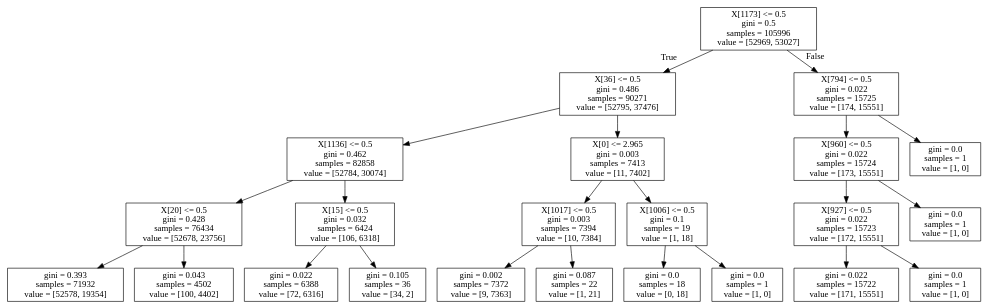
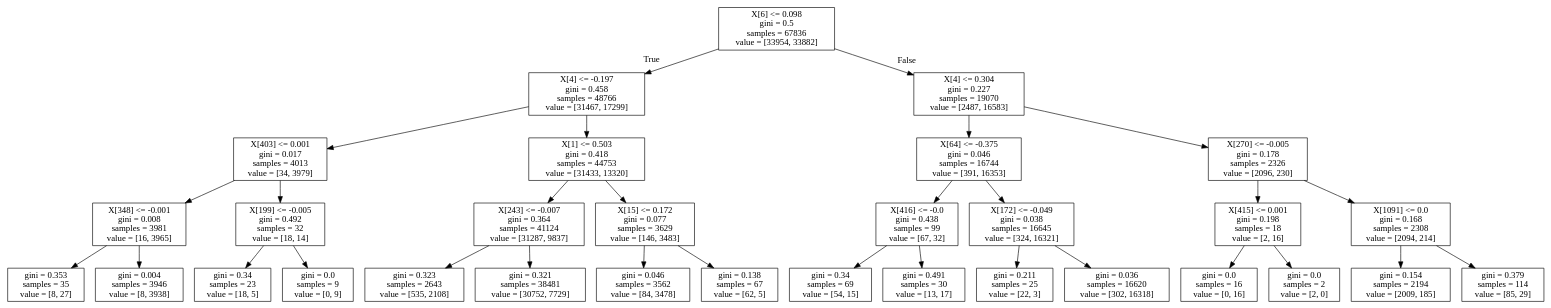
Before and after one commit to leejong4414/CSE-546-Project: the diagram in Decision Tree/tree3.dot, drawn with Graphviz. The commit also changed 19 other files, not shown here.

```diff
--- a/Decision Tree/tree3.dot
+++ b/Decision Tree/tree3.dot
@@ -1,48 +1,64 @@
 digraph Tree {
 node [shape=box] ;
-0 [label="X[1173] <= 0.5\ngini = 0.5\nsamples = 105996\nvalue = [52969, 53027]"] ;
-1 [label="X[36] <= 0.5\ngini = 0.486\nsamples = 90271\nvalue = [52795, 37476]"] ;
+0 [label="X[6] <= 0.098\ngini = 0.5\nsamples = 67836\nvalue = [33954, 33882]"] ;
+1 [label="X[4] <= -0.197\ngini = 0.458\nsamples = 48766\nvalue = [31467, 17299]"] ;
 0 -> 1 [labeldistance=2.5, labelangle=45, headlabel="True"] ;
-2 [label="X[1136] <= 0.5\ngini = 0.462\nsamples = 82858\nvalue = [52784, 30074]"] ;
+2 [label="X[403] <= 0.001\ngini = 0.017\nsamples = 4013\nvalue = [34, 3979]"] ;
 1 -> 2 ;
-3 [label="X[20] <= 0.5\ngini = 0.428\nsamples = 76434\nvalue = [52678, 23756]"] ;
+3 [label="X[348] <= -0.001\ngini = 0.008\nsamples = 3981\nvalue = [16, 3965]"] ;
 2 -> 3 ;
-4 [label="gini = 0.393\nsamples = 71932\nvalue = [52578, 19354]"] ;
+4 [label="gini = 0.353\nsamples = 35\nvalue = [8, 27]"] ;
 3 -> 4 ;
-5 [label="gini = 0.043\nsamples = 4502\nvalue = [100, 4402]"] ;
+5 [label="gini = 0.004\nsamples = 3946\nvalue = [8, 3938]"] ;
 3 -> 5 ;
-6 [label="X[15] <= 0.5\ngini = 0.032\nsamples = 6424\nvalue = [106, 6318]"] ;
+6 [label="X[199] <= -0.005\ngini = 0.492\nsamples = 32\nvalue = [18, 14]"] ;
 2 -> 6 ;
-7 [label="gini = 0.022\nsamples = 6388\nvalue = [72, 6316]"] ;
+7 [label="gini = 0.34\nsamples = 23\nvalue = [18, 5]"] ;
 6 -> 7 ;
-8 [label="gini = 0.105\nsamples = 36\nvalue = [34, 2]"] ;
+8 [label="gini = 0.0\nsamples = 9\nvalue = [0, 9]"] ;
 6 -> 8 ;
-9 [label="X[0] <= 2.965\ngini = 0.003\nsamples = 7413\nvalue = [11, 7402]"] ;
+9 [label="X[1] <= 0.503\ngini = 0.418\nsamples = 44753\nvalue = [31433, 13320]"] ;
 1 -> 9 ;
-10 [label="X[1017] <= 0.5\ngini = 0.003\nsamples = 7394\nvalue = [10, 7384]"] ;
+10 [label="X[243] <= -0.007\ngini = 0.364\nsamples = 41124\nvalue = [31287, 9837]"] ;
 9 -> 10 ;
-11 [label="gini = 0.002\nsamples = 7372\nvalue = [9, 7363]"] ;
+11 [label="gini = 0.323\nsamples = 2643\nvalue = [535, 2108]"] ;
 10 -> 11 ;
-12 [label="gini = 0.087\nsamples = 22\nvalue = [1, 21]"] ;
+12 [label="gini = 0.321\nsamples = 38481\nvalue = [30752, 7729]"] ;
 10 -> 12 ;
-13 [label="X[1006] <= 0.5\ngini = 0.1\nsamples = 19\nvalue = [1, 18]"] ;
+13 [label="X[15] <= 0.172\ngini = 0.077\nsamples = 3629\nvalue = [146, 3483]"] ;
 9 -> 13 ;
-14 [label="gini = 0.0\nsamples = 18\nvalue = [0, 18]"] ;
+14 [label="gini = 0.046\nsamples = 3562\nvalue = [84, 3478]"] ;
 13 -> 14 ;
-15 [label="gini = 0.0\nsamples = 1\nvalue = [1, 0]"] ;
+15 [label="gini = 0.138\nsamples = 67\nvalue = [62, 5]"] ;
 13 -> 15 ;
-16 [label="X[794] <= 0.5\ngini = 0.022\nsamples = 15725\nvalue = [174, 15551]"] ;
+16 [label="X[4] <= 0.304\ngini = 0.227\nsamples = 19070\nvalue = [2487, 16583]"] ;
 0 -> 16 [labeldistance=2.5, labelangle=-45, headlabel="False"] ;
-17 [label="X[960] <= 0.5\ngini = 0.022\nsamples = 15724\nvalue = [173, 15551]"] ;
+17 [label="X[64] <= -0.375\ngini = 0.046\nsamples = 16744\nvalue = [391, 16353]"] ;
 16 -> 17 ;
-18 [label="X[927] <= 0.5\ngini = 0.022\nsamples = 15723\nvalue = [172, 15551]"] ;
+18 [label="X[416] <= -0.0\ngini = 0.438\nsamples = 99\nvalue = [67, 32]"] ;
 17 -> 18 ;
-19 [label="gini = 0.022\nsamples = 15722\nvalue = [171, 15551]"] ;
+19 [label="gini = 0.34\nsamples = 69\nvalue = [54, 15]"] ;
 18 -> 19 ;
-20 [label="gini = 0.0\nsamples = 1\nvalue = [1, 0]"] ;
+20 [label="gini = 0.491\nsamples = 30\nvalue = [13, 17]"] ;
 18 -> 20 ;
-21 [label="gini = 0.0\nsamples = 1\nvalue = [1, 0]"] ;
+21 [label="X[172] <= -0.049\ngini = 0.038\nsamples = 16645\nvalue = [324, 16321]"] ;
 17 -> 21 ;
-22 [label="gini = 0.0\nsamples = 1\nvalue = [1, 0]"] ;
-16 -> 22 ;
+22 [label="gini = 0.211\nsamples = 25\nvalue = [22, 3]"] ;
+21 -> 22 ;
+23 [label="gini = 0.036\nsamples = 16620\nvalue = [302, 16318]"] ;
+21 -> 23 ;
+24 [label="X[270] <= -0.005\ngini = 0.178\nsamples = 2326\nvalue = [2096, 230]"] ;
+16 -> 24 ;
+25 [label="X[415] <= 0.001\ngini = 0.198\nsamples = 18\nvalue = [2, 16]"] ;
+24 -> 25 ;
+26 [label="gini = 0.0\nsamples = 16\nvalue = [0, 16]"] ;
+25 -> 26 ;
+27 [label="gini = 0.0\nsamples = 2\nvalue = [2, 0]"] ;
+25 -> 27 ;
+28 [label="X[1091] <= 0.0\ngini = 0.168\nsamples = 2308\nvalue = [2094, 214]"] ;
+24 -> 28 ;
+29 [label="gini = 0.154\nsamples = 2194\nvalue = [2009, 185]"] ;
+28 -> 29 ;
+30 [label="gini = 0.379\nsamples = 114\nvalue = [85, 29]"] ;
+28 -> 30 ;
 }
```
